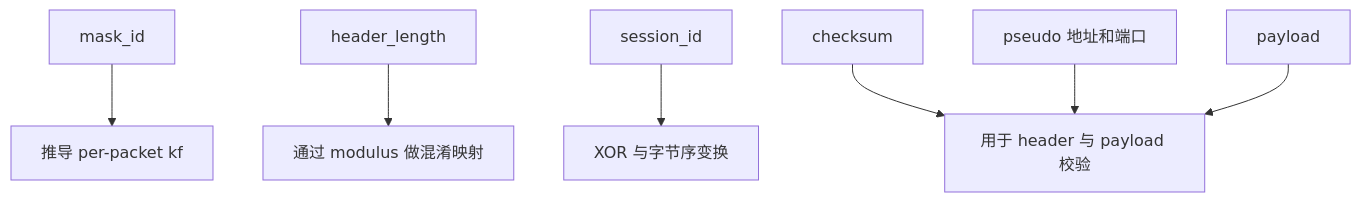
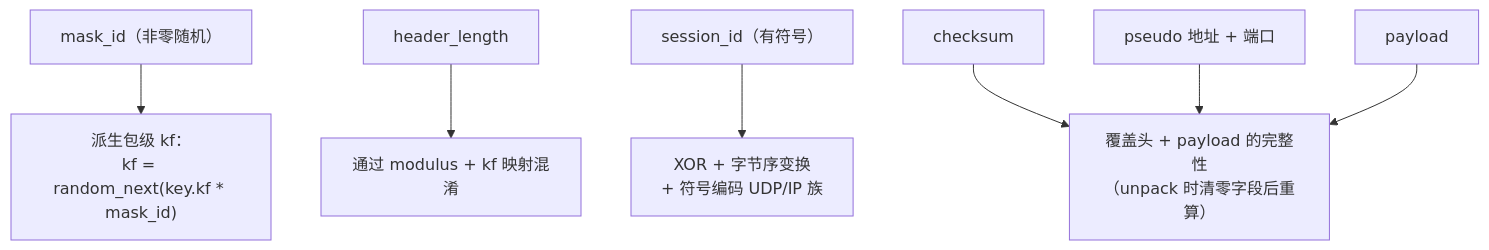
Before and after one commit to HyacinthHaru/openppp2: the fifth of 8 diagrams in docs/PACKET_FORMATS_CN.md, drawn with Mermaid. The commit also changed other lines of this file and 93 other files, not shown here.

````diff
--- a/docs/PACKET_FORMATS_CN.md
+++ b/docs/PACKET_FORMATS_CN.md
@@ -180,9 +173,9 @@
 ```mermaid
 flowchart TD
-    A[mask_id] --> B[推导 per-packet kf]
-    C[header_length] --> D[通过 modulus 做混淆映射]
-    E[session_id] --> F[XOR 与字节序变换]
-    G[checksum] --> H[用于 header 与 payload 校验]
-    I[pseudo 地址和端口] --> H
-    J[payload] --> H
+    A["mask_id（非零随机）"] --> B["派生包级 kf：\nkf = random_next(key.kf * mask_id)"]
+    C["header_length"] --> D["通过 modulus + kf 映射混淆"]
+    E["session_id（有符号）"] --> F["XOR + 字节序变换\n+ 符号编码 UDP/IP 族"]
+    G["checksum"] --> H["覆盖头 + payload 的完整性\n（unpack 时清零字段后重算）"]
+    I["pseudo 地址 + 端口"] --> H
+    J["payload"] --> H
 ```
````
